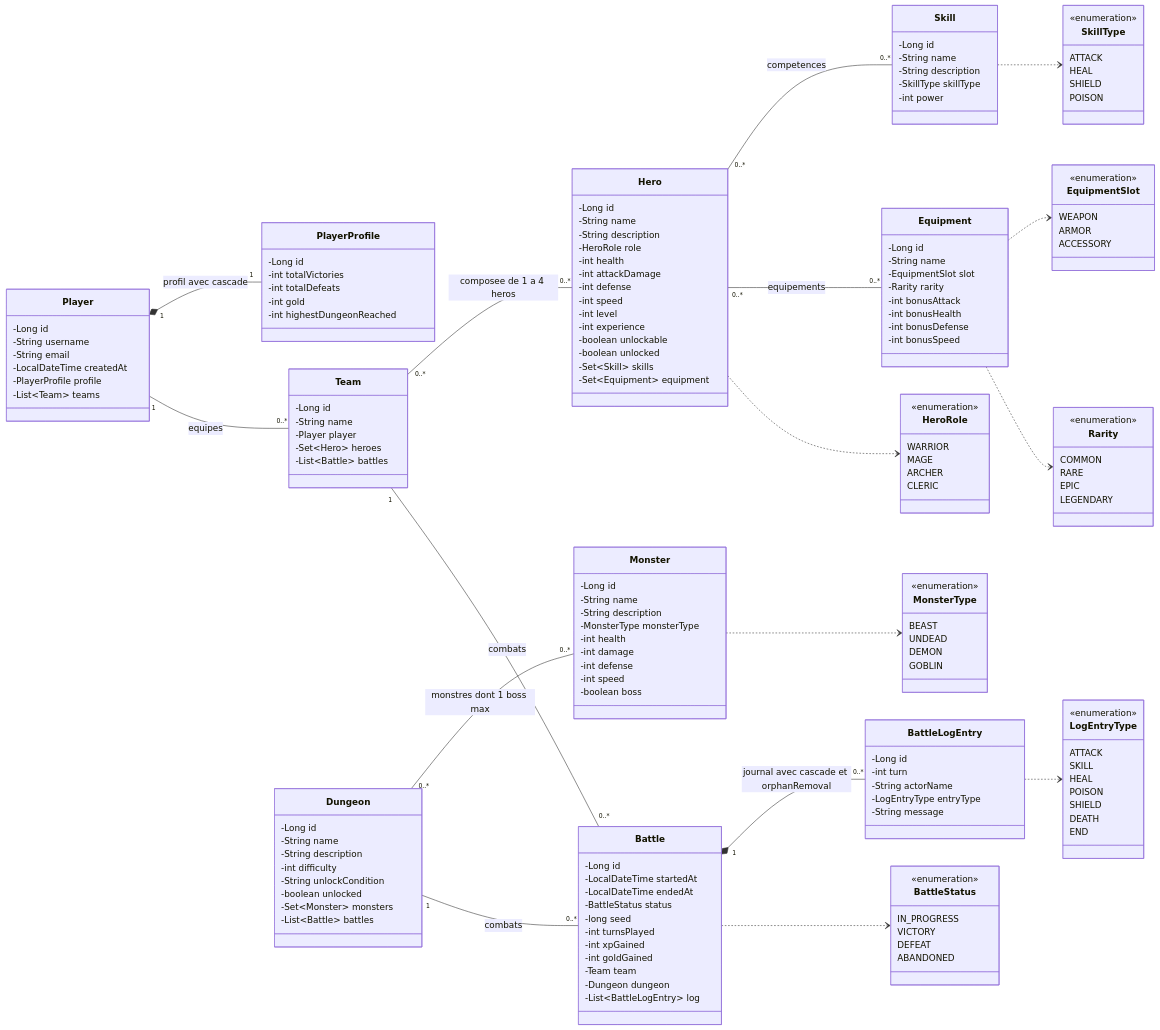
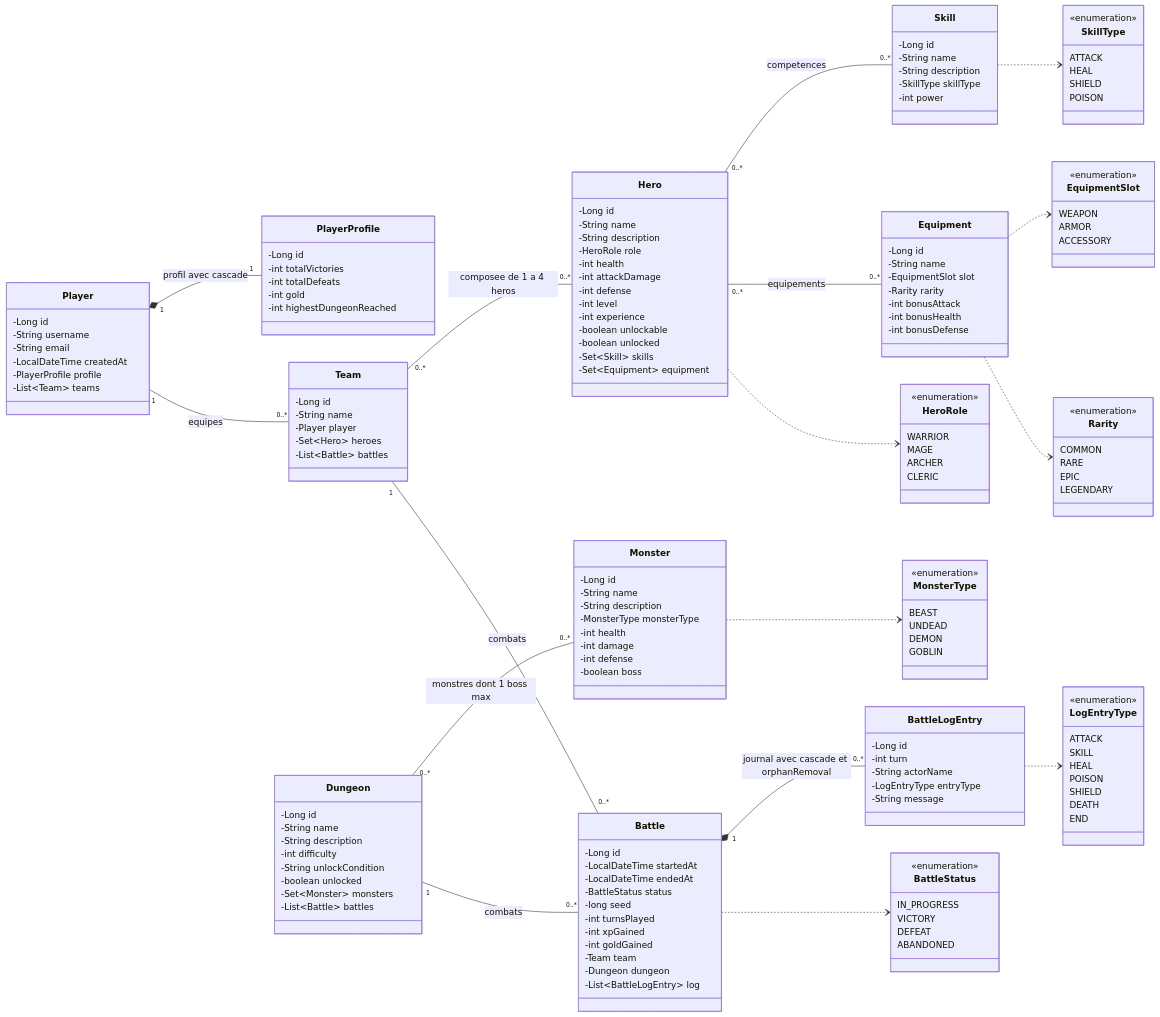
Before and after one commit to grignonlouis/auto-battler: the second of 3 diagrams in auto-battler/docs/DIAGRAMME.md, drawn with Mermaid. The commit also changed other lines of this file and 6 other files, not shown here.

Commit message:
suppression 'speed' dans Diagramme.md et bruno/monsters/* + modif Equipment.java et ajout @{/equipment}

```diff
--- a/auto-battler/docs/DIAGRAMME.md
+++ b/auto-battler/docs/DIAGRAMME.md
@@ -148,7 +145,6 @@
         -int health
         -int attackDamage
         -int defense
-        -int speed
         -int level
         -int experience
         -boolean unlockable
@@ -171,7 +167,6 @@
         -int bonusAttack
         -int bonusHealth
         -int bonusDefense
-        -int bonusSpeed
     }
     class Monster {
         -Long id
@@ -181,7 +176,6 @@
         -int health
         -int damage
         -int defense
-        -int speed
         -boolean boss
     }
     class Dungeon {
```
